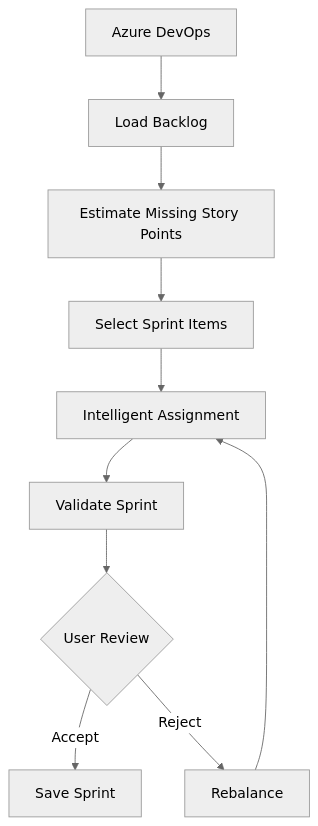
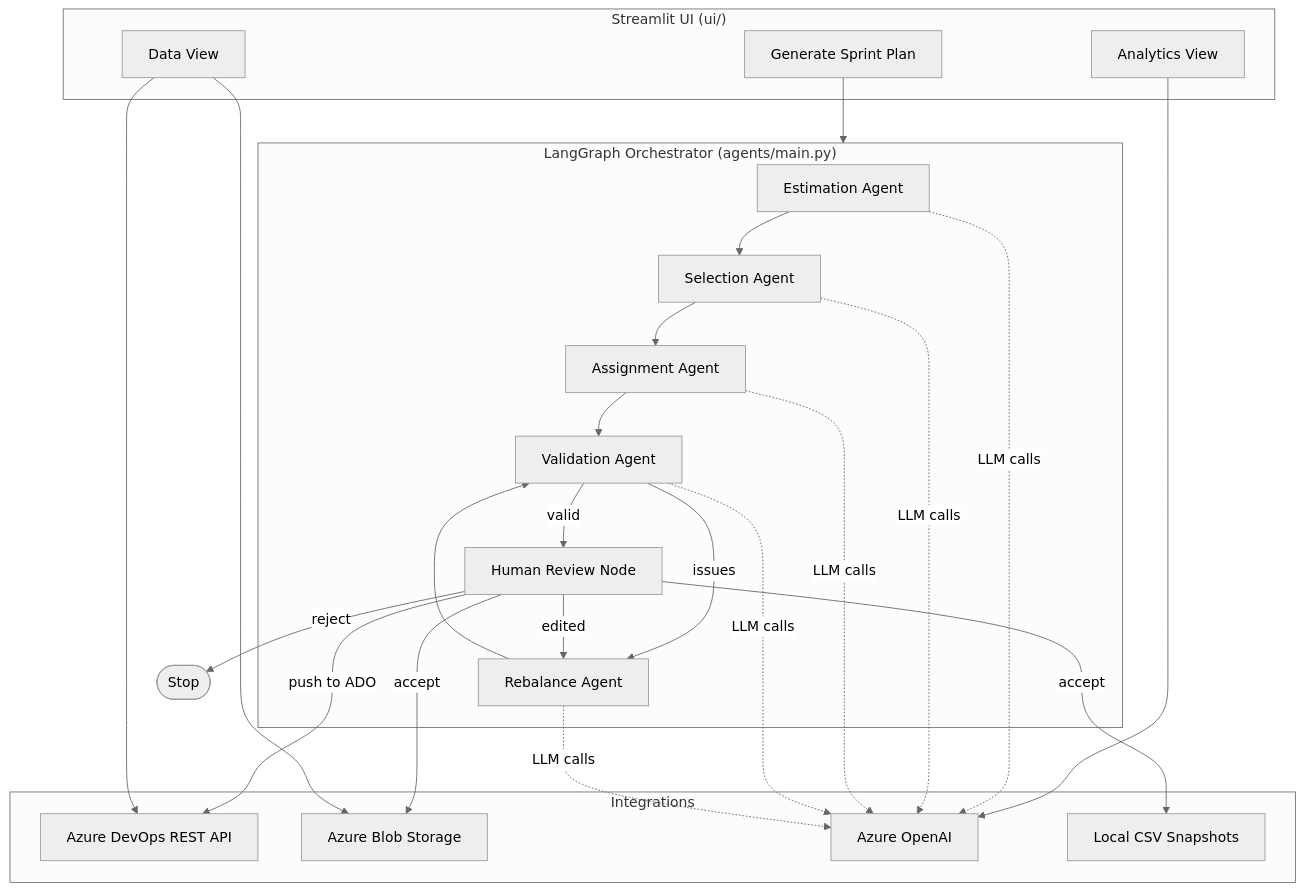
The first of 2 diagrams in README.md (kshitij7704/ado-planner), drawn with Mermaid (neutral theme) before and after one commit. The commit also changed other lines of this file, not shown here.

First line of the commit message:
Revise README for ADO Planner project

````diff
--- a/README.md
+++ b/README.md
@@ -253,23 +61,40 @@
 ```mermaid
 flowchart TD
+    subgraph UI["Streamlit UI (ui/)"]
+        A[Generate Sprint Plan]
+        B[Analytics View]
+        C[Data View]
+    end
 
-A[Azure DevOps]
+    subgraph Orchestration["LangGraph Orchestrator (agents/main.py)"]
+        D[Estimation Agent]
+        E[Selection Agent]
+        F[Assignment Agent]
+        G[Validation Agent]
+        H[Human Review Node]
+        I[Rebalance Agent]
+    end
 
-A --> B[Load Backlog]
+    subgraph Integrations["Integrations"]
+        J[Azure DevOps REST API]
+        K[Azure Blob Storage]
+        L[Azure OpenAI]
+        M[Local CSV Snapshots]
+    end
 
-B --> C[Estimate Missing Story Points]
+    A --> Orchestration
+    D --> E --> F --> G
+    G -->|valid| H
+    G -->|issues| I --> G
+    H -->|accept| K
+    H -->|accept| M
+    H -->|edited| I
+    H -->|reject| End([Stop])
+    H -->|push to ADO| J
 
-C --> D[Select Sprint Items]
+    C --> J
+    C --> K
+    B --> L
 
-D --> E[Intelligent Assignment]
-
-E --> F[Validate Sprint]
-
-F --> G{User Review}
-
-G -->|Accept| H[Save Sprint]
-
-G -->|Reject| I[Rebalance]
-
-I --> E
+    D & E & F & G & I -.LLM calls.-> L
 ```
````
